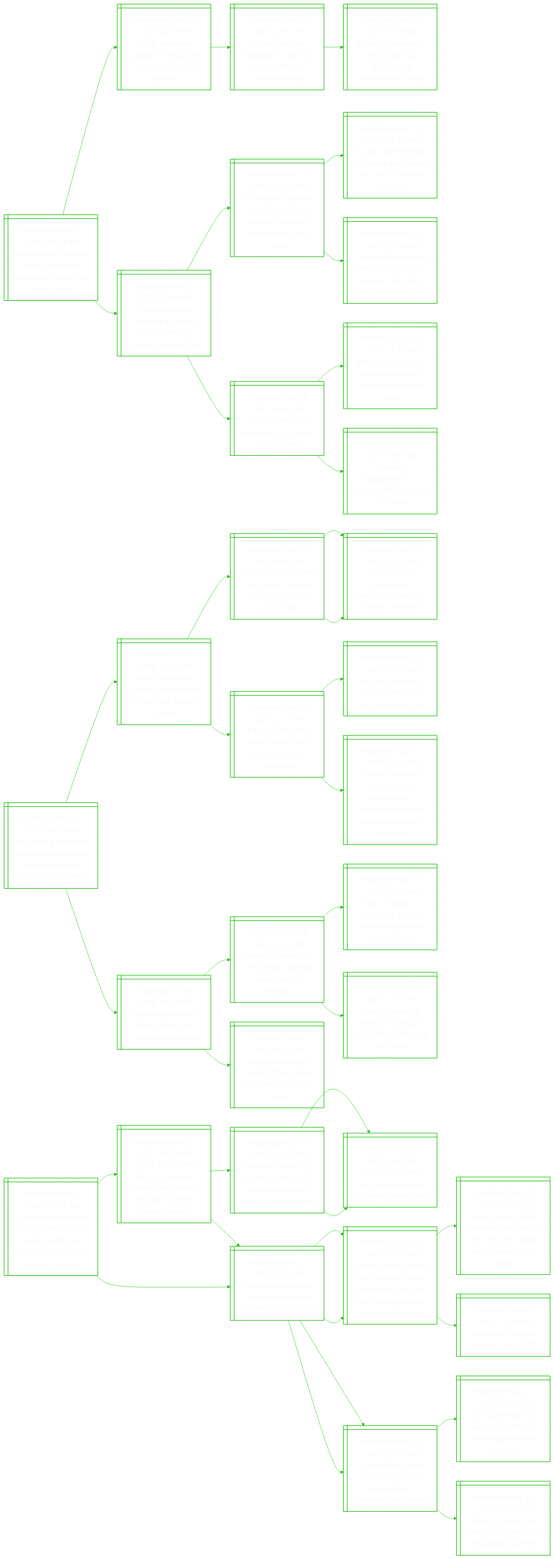
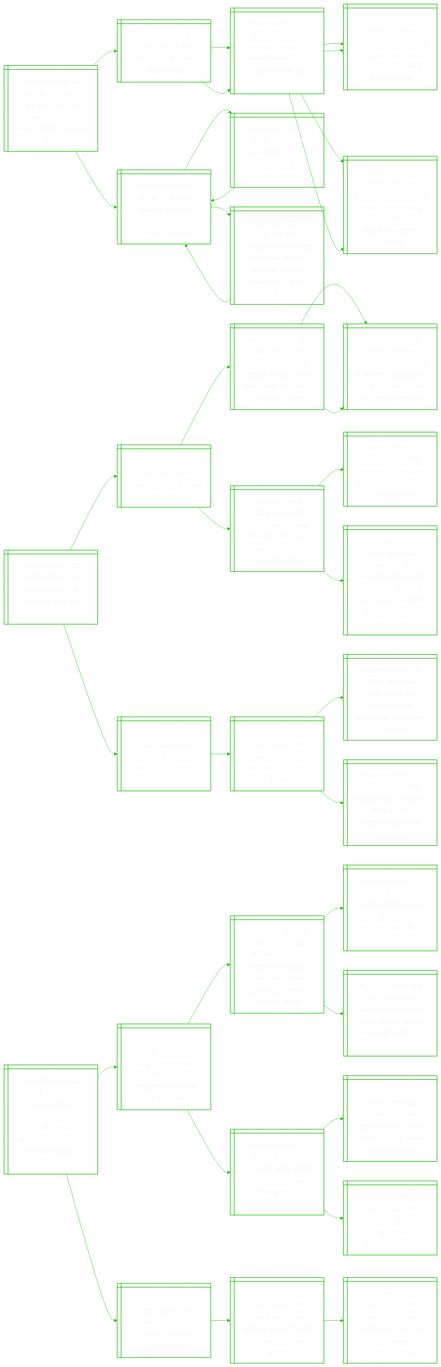
One commit to notJmes/notJmes changed the diagram in README.md. Above: the diagram before and after it, drawn with Mermaid. The commit also changed other lines of this file, not shown here.

````diff
--- a/README.md
+++ b/README.md
@@ -16,124 +16,115 @@
 flowchart LR
 classDef txtsize font-size:20px;
 
-UmMryrtitaihp@{ shape: win-pane, label: "_Published Nov 22, 2025, 10:04 AM_
-Us lawmaker marjorie taylor greene to resign after spat, split with trump" }
+Dndprrhnnunc@{ shape: win-pane, label: "_Published Nov 22, 2025, 03:19 PM_
+Dark and cold, kyiv prepares for another winter under russian attack" }
+Tstia@{ shape: win-pane, label: "_Published Nov 21, 2025, 04:26 PM_
+Trump’s 28-point ukraine plan" }
+Zsarskbdaosb@{ shape: win-pane, label: "_Published Nov 21, 2025, 03:17 AM_
+Zelensky ready for ‘honest’ work on us-backed plan as europeans push back" }
+EeucStooosfke@{ shape: win-pane, label: "_Published Nov 20, 2025, 06:38 PM_
+Europeans push back at us plan that would force concessions from ukraine" }
+Atdretahfunceni@{ shape: win-pane, label: "_Published Nov 20, 2025, 09:24 PM_
+A relative’s desperate search then fading hope after russian attack in western ukraine" }
+Zsarskbdaosb@{ shape: win-pane, label: "_Published Nov 21, 2025, 03:17 AM_
+Zelensky ready for ‘honest’ work on us-backed plan as europeans push back" }
+EeucStooosfke@{ shape: win-pane, label: "_Published Nov 20, 2025, 06:38 PM_
+Europeans push back at us plan that would force concessions from ukraine" }
+Atdretahfunceni@{ shape: win-pane, label: "_Published Nov 20, 2025, 09:24 PM_
+A relative’s desperate search then fading hope after russian attack in western ukraine" }
+DsruasvUn@{ shape: win-pane, label: "_Published Feb 24, 2022, 11:01 AM_
+'darkest hours of europe' as russia invades ukraine" }
+Eshiaalocs@{ shape: win-pane, label: "_Published Feb 24, 2022, 12:41 PM_
+Explosions heard in ukraine capital kyiv, other cities" }
+DsruasvUn@{ shape: win-pane, label: "_Published Feb 24, 2022, 11:01 AM_
+'darkest hours of europe' as russia invades ukraine" }
+OaUuakaogrmc@{ shape: win-pane, label: "_Published Feb 24, 2022, 05:20 PM_
+Oil soars to us$105 as russia attacks ukraine, topping us$100 for 1st time since 2014" }
+DsruasvUn@{ shape: win-pane, label: "_Published Feb 24, 2022, 11:01 AM_
+'darkest hours of europe' as russia invades ukraine" }
+
+Dndprrhnnunc:::txtsize --> Tstia:::txtsize
+Tstia:::txtsize --> Zsarskbdaosb:::txtsize
+Zsarskbdaosb:::txtsize --> EeucStooosfke:::txtsize
+Zsarskbdaosb:::txtsize --> Atdretahfunceni:::txtsize
+Tstia:::txtsize --> Zsarskbdaosb:::txtsize
+Zsarskbdaosb:::txtsize --> EeucStooosfke:::txtsize
+Zsarskbdaosb:::txtsize --> Atdretahfunceni:::txtsize
+Dndprrhnnunc:::txtsize --> DsruasvUn:::txtsize
+DsruasvUn:::txtsize --> Eshiaalocs:::txtsize
+Eshiaalocs:::txtsize --> DsruasvUn:::txtsize
+DsruasvUn:::txtsize --> OaUuakaogrmc:::txtsize
+OaUuakaogrmc:::txtsize --> DsruasvUn:::txtsize
+
+Scictsos@{ shape: win-pane, label: "_Published Nov 22, 2025, 02:17 PM_
+Spain coal mine accident kills two workers" }
+Scialv@{ shape: win-pane, label: "_Published Mar 31, 2025, 07:46 PM_
+Spain coal mine blast kills five" }
+SAarearoeiie@{ shape: win-pane, label: "_Published Jan 16, 2025, 09:14 PM_
+South africa mine rescue ends, anger rises over 78 deaths in police siege" }
+SAashfawosemei@{ shape: win-pane, label: "_Published Jan 15, 2025, 03:38 PM_
+South africa accused of ‘horrific’ crackdown as 78 corpses pulled from besieged mine" }
+SAashfawosemei@{ shape: win-pane, label: "_Published Jan 15, 2025, 03:38 PM_
+South africa accused of ‘horrific’ crackdown as 78 corpses pulled from besieged mine" }
+Deirnlnnina@{ shape: win-pane, label: "_Published Mar 27, 2025, 05:00 PM_
+Deep-sea mining threatens sea life in a way no one is thinking about" }
+Terrlsnue@{ shape: win-pane, label: "_Published Dec 17, 2024, 06:00 PM_
+Trashed or treasure? will deep sea mining ruin oceans?" }
+Ernesstesccodrntos@{ shape: win-pane, label: "_Published Apr 15, 2024, 05:00 AM_
+Exploration of the deep sea has much to offer for science, but caution needed for mining of its resources" }
+CilesitVa@{ shape: win-pane, label: "_Published Jul 30, 2024, 10:49 AM_
+Coal mine collapse kills five in northern vietnam" }
+Teeaales@{ shape: win-pane, label: "_Published Mar 20, 2024, 06:42 PM_
+Twelve killed in pakistan coal mine explosion" }
+Oacfulonl@{ shape: win-pane, label: "_Published Mar 14, 2024, 06:25 AM_
+One dead, 29 rescued after australian gold mine collapse" }
+Khmserraes@{ shape: win-pane, label: "_Published Oct 29, 2023, 04:51 PM_
+Kazakhstan mourns 45 killed in arcelormittal mine disaster" }
+
+Scictsos:::txtsize --> Scialv:::txtsize
+Scialv:::txtsize --> SAarearoeiie:::txtsize
+SAarearoeiie:::txtsize --> SAashfawosemei:::txtsize
+SAarearoeiie:::txtsize --> SAashfawosemei:::txtsize
+Scialv:::txtsize --> Deirnlnnina:::txtsize
+Deirnlnnina:::txtsize --> Terrlsnue:::txtsize
+Deirnlnnina:::txtsize --> Ernesstesccodrntos:::txtsize
+Scictsos:::txtsize --> CilesitVa:::txtsize
+CilesitVa:::txtsize --> Teeaales:::txtsize
+Teeaales:::txtsize --> Oacfulonl:::txtsize
+Teeaales:::txtsize --> Khmserraes:::txtsize
+
+UcnrtgisgenpgaSe@{ shape: win-pane, label: "_Published Nov 22, 2025, 02:15 PM_
+Us education department using non-disclosure agreements in trump reorganisation: sources" }
+Taiteetanahp@{ shape: win-pane, label: "_Published Nov 21, 2025, 07:44 AM_
+Trump administration reshapes state department human rights report" }
+Bdpefincspsoah@{ shape: win-pane, label: "_Published Nov 20, 2025, 10:13 AM_
+Behind trump’s defence of saudi crown prince lies a deeper us shift on human rights" }
+Tdddnersdiinst@{ shape: win-pane, label: "_Published Nov 19, 2025, 12:28 AM_
+Trump defends saudi prince over journalist murder, hails $1.3 trillion investment vow" }
+AkualawgiSAa@{ shape: win-pane, label: "_Published May 23, 2025, 07:20 AM_
+A check of trump’s false claims about white genocide in south africa" }
+Uhriithaaesr@{ shape: win-pane, label: "_Published Oct 21, 2025, 10:01 PM_
+Un rights work facing ‘existential threat’ amid targeted cuts: report" }
+Uepbtnirn@{ shape: win-pane, label: "_Published Sep 17, 2025, 07:54 AM_
+Un chief proposes 15% budget cut in 2026, cutting more than 2,000 jobs" }
+Uhfnsuala@{ shape: win-pane, label: "_Published May 16, 2025, 10:24 PM_
+Un rights office in ‘very serious’ financial situation" }
+Eietrafnl@{ shape: win-pane, label: "_Published Nov 19, 2025, 10:35 AM_
+Epstein vote shatters trump’s aura of invincibility" }
 TwrutomyoaGe@{ shape: win-pane, label: "_Published Nov 15, 2025, 02:43 PM_
 Trump withdraws support for long-time ally marjorie taylor greene" }
 Lsounenonmr@{ shape: win-pane, label: "_Published Nov 13, 2025, 12:01 PM_
 Longest us govt shutdown is over but new showdowns loom for trump" }
-Tsdootveuns@{ shape: win-pane, label: "_Published Nov 13, 2025, 07:48 AM_
-Trump signs deal to end longest us government shutdown in history" }
-TsBrnuertlEie@{ shape: win-pane, label: "_Published Nov 20, 2025, 10:06 AM_
-Trump signs bill ordering us justice department to release epstein files" }
-Ugpsufrspnsitm@{ shape: win-pane, label: "_Published Nov 19, 2025, 04:23 AM_
-Us congress passes measure to force release of epstein files, sending it to trump" }
-Therltsfwrons@{ shape: win-pane, label: "_Published Nov 18, 2025, 11:55 AM_
-Trump has the power to release the epstein files, with or without congress" }
-Tdddnersdiinst@{ shape: win-pane, label: "_Published Nov 19, 2025, 12:28 AM_
-Trump defends saudi prince over journalist murder, hails $1.3 trillion investment vow" }
-Eieeaobhe@{ shape: win-pane, label: "_Published Nov 19, 2025, 08:35 AM_
-Epstein files to be released to us public: what are they?" }
-ATrsHpsaEie@{ shape: win-pane, label: "_Published Nov 18, 2025, 11:15 AM_
-After trump reversal, us house pushes forward on epstein vote" }
-TskeMewtco@{ shape: win-pane, label: "_Published Nov 18, 2025, 09:15 AM_
-Trump’s frankenstein? us maga meltdown tests its creator" }
 
-UmMryrtitaihp:::txtsize --> TwrutomyoaGe:::txtsize
+UcnrtgisgenpgaSe:::txtsize --> Taiteetanahp:::txtsize
+Taiteetanahp:::txtsize --> Bdpefincspsoah:::txtsize
+Bdpefincspsoah:::txtsize --> Tdddnersdiinst:::txtsize
+Bdpefincspsoah:::txtsize --> AkualawgiSAa:::txtsize
+Taiteetanahp:::txtsize --> Uhriithaaesr:::txtsize
+Uhriithaaesr:::txtsize --> Uepbtnirn:::txtsize
+Uhriithaaesr:::txtsize --> Uhfnsuala:::txtsize
+UcnrtgisgenpgaSe:::txtsize --> Eietrafnl:::txtsize
+Eietrafnl:::txtsize --> TwrutomyoaGe:::txtsize
 TwrutomyoaGe:::txtsize --> Lsounenonmr:::txtsize
-Lsounenonmr:::txtsize --> Tsdootveuns:::txtsize
-UmMryrtitaihp:::txtsize --> TsBrnuertlEie:::txtsize
-TsBrnuertlEie:::txtsize --> Ugpsufrspnsitm:::txtsize
-Ugpsufrspnsitm:::txtsize --> Therltsfwrons:::txtsize
-Ugpsufrspnsitm:::txtsize --> Tdddnersdiinst:::txtsize
-TsBrnuertlEie:::txtsize --> Eieeaobhe:::txtsize
-Eieeaobhe:::txtsize --> ATrsHpsaEie:::txtsize
-Eieeaobhe:::txtsize --> TskeMewtco:::txtsize
-
-Usrstnspalrie@{ shape: win-pane, label: "_Published Nov 22, 2025, 08:55 AM_
-Us coast guard says swastika and noose displays are no longer hate incidents" }
-Hrrnengfgtc@{ shape: win-pane, label: "_Published Oct 31, 2025, 12:42 AM_
-Hate-crime trial in sweden shines light on far-right ‘fitness clubs’" }
-VncnisdiUilps@{ shape: win-pane, label: "_Published Oct 24, 2025, 06:05 PM_
-Violence, racism, and nazi praise: the dark side of us political group chats" }
-Tsanitwrske@{ shape: win-pane, label: "_Published Oct 22, 2025, 12:25 PM_
-Trump special counsel pick withdraws over ‘nazi streak’ comments" }
-Tsanitwrske@{ shape: win-pane, label: "_Published Oct 22, 2025, 12:25 PM_
-Trump special counsel pick withdraws over ‘nazi streak’ comments" }
-FgePsrceiccs@{ shape: win-pane, label: "_Published Oct 30, 2025, 11:25 PM_
-Far-right freedom party suffers shock reversal in dutch elections" }
-Eogsrwtttah@{ shape: win-pane, label: "_Published Oct 30, 2025, 05:31 AM_
-Exit poll suggests centrists win dutch vote, beating far right" }
-Cibelotaosfoyrie@{ shape: win-pane, label: "_Published Oct 30, 2025, 05:25 AM_
-Centrist rob jetten could become netherlands’ youngest and first openly gay prime minister" }
-Rwcsvuwasgz@{ shape: win-pane, label: "_Published Oct 06, 2025, 04:26 PM_
-Right-wing activists divide dublin with lamp-post flag blitz" }
-Inaoeigsrilo@{ shape: win-pane, label: "_Published Nov 26, 2024, 03:13 PM_
-Ireland’s tradition of welcoming migrants under strain in election" }
-Fnnitlokahee@{ shape: win-pane, label: "_Published Nov 06, 2023, 05:00 AM_
-From a nation of emigrants, ireland now working hard to host refugees" }
-IPkeicgmtogr@{ shape: win-pane, label: "_Published Nov 08, 2024, 10:03 PM_
-Irish pm kicks off election focusing on immigration, housing and trump" }
-Euosrlnhgos@{ shape: win-pane, label: "_Published Jul 11, 2025, 06:38 PM_
-Eu population hits record 450.4 million on another migration boost" }
-
-Usrstnspalrie:::txtsize --> Hrrnengfgtc:::txtsize
-Hrrnengfgtc:::txtsize --> VncnisdiUilps:::txtsize
-VncnisdiUilps:::txtsize --> Tsanitwrske:::txtsize
-VncnisdiUilps:::txtsize --> Tsanitwrske:::txtsize
-Hrrnengfgtc:::txtsize --> FgePsrceiccs:::txtsize
-FgePsrceiccs:::txtsize --> Eogsrwtttah:::txtsize
-FgePsrceiccs:::txtsize --> Cibelotaosfoyrie:::txtsize
-Usrstnspalrie:::txtsize --> Rwcsvuwasgz:::txtsize
-Rwcsvuwasgz:::txtsize --> Inaoeigsrilo:::txtsize
-Inaoeigsrilo:::txtsize --> Fnnitlokahee:::txtsize
-Inaoeigsrilo:::txtsize --> IPkeicgmtogr:::txtsize
-Rwcsvuwasgz:::txtsize --> Euosrlnhgos:::txtsize
-
-TwreptstiwCaloMn@{ shape: win-pane, label: "_Published Nov 22, 2025, 07:14 AM_
-Takeaways from the trump’s white house meeting with new york city mayor-elect zohran mamdani" }
-TcncoYaloMnhoeg@{ shape: win-pane, label: "_Published Nov 22, 2025, 04:54 AM_
-Trump commends victory of new york mayor-elect zohran mamdani at white house meeting" }
-ThuMnlmenekmae@{ shape: win-pane, label: "_Published Nov 05, 2025, 02:15 PM_
-‘turn the volume up,’ mamdani tells trump after winning new york city mayoral race" }
-Drwialosdp@{ shape: win-pane, label: "_Published Nov 05, 2025, 09:46 AM_
-Democrats sweep first major elections of second trump term" }
-Drwialosdp@{ shape: win-pane, label: "_Published Nov 05, 2025, 09:46 AM_
-Democrats sweep first major elections of second trump term" }
-TarwsekaMn@{ shape: win-pane, label: "_Published Nov 12, 2025, 07:10 AM_
-Trump aides review funds for new york city after mamdani win" }
-YMmnoihaiYilehpea@{ shape: win-pane, label: "_Published Nov 05, 2025, 10:55 AM_
-Young, muslim, asian and socialist: zohran mamdani’s new york win challenges both trump and democrats" }
-Tcsbcaomhwes@{ shape: win-pane, label: "_Published Nov 12, 2025, 06:55 AM_
-Trump claims ‘very big victory’ as us government shutdown vote nears" }
-TarwsekaMn@{ shape: win-pane, label: "_Published Nov 12, 2025, 07:10 AM_
-Trump aides review funds for new york city after mamdani win" }
-YMmnoihaiYilehpea@{ shape: win-pane, label: "_Published Nov 05, 2025, 10:55 AM_
-Young, muslim, asian and socialist: zohran mamdani’s new york win challenges both trump and democrats" }
-YMmimociYaoauoc@{ shape: win-pane, label: "_Published Nov 05, 2025, 01:27 AM_
-Young muslim leftist mamdani on track to win new york mayor vote, shaking up us politics" }
-Twreig@{ shape: win-pane, label: "_Published Nov 05, 2025, 10:50 AM_
-Takeaways from us election night 2025" }
-Tcsbcaomhwes@{ shape: win-pane, label: "_Published Nov 12, 2025, 06:55 AM_
-Trump claims ‘very big victory’ as us government shutdown vote nears" }
-Usuoinoeveun@{ shape: win-pane, label: "_Published Nov 12, 2025, 04:21 AM_
-Us house returns to washington for vote to end government shutdown" }
-Tttifolohwe@{ shape: win-pane, label: "_Published Nov 11, 2025, 08:14 AM_
-Trump threatens air traffic controllers over shutdown absences" }
-
-TwreptstiwCaloMn:::txtsize --> TcncoYaloMnhoeg:::txtsize
-TcncoYaloMnhoeg:::txtsize --> ThuMnlmenekmae:::txtsize
-ThuMnlmenekmae:::txtsize --> Drwialosdp:::txtsize
-ThuMnlmenekmae:::txtsize --> Drwialosdp:::txtsize
-TcncoYaloMnhoeg:::txtsize --> TarwsekaMn:::txtsize
-TarwsekaMn:::txtsize --> YMmnoihaiYilehpea:::txtsize
-TarwsekaMn:::txtsize --> Tcsbcaomhwes:::txtsize
-TwreptstiwCaloMn:::txtsize --> TarwsekaMn:::txtsize
-TarwsekaMn:::txtsize --> YMmnoihaiYilehpea:::txtsize
-YMmnoihaiYilehpea:::txtsize --> YMmimociYaoauoc:::txtsize
-YMmnoihaiYilehpea:::txtsize --> Twreig:::txtsize
-TarwsekaMn:::txtsize --> Tcsbcaomhwes:::txtsize
-Tcsbcaomhwes:::txtsize --> Usuoinoeveun:::txtsize
-Tcsbcaomhwes:::txtsize --> Tttifolohwe:::txtsize
 
 ```
````
